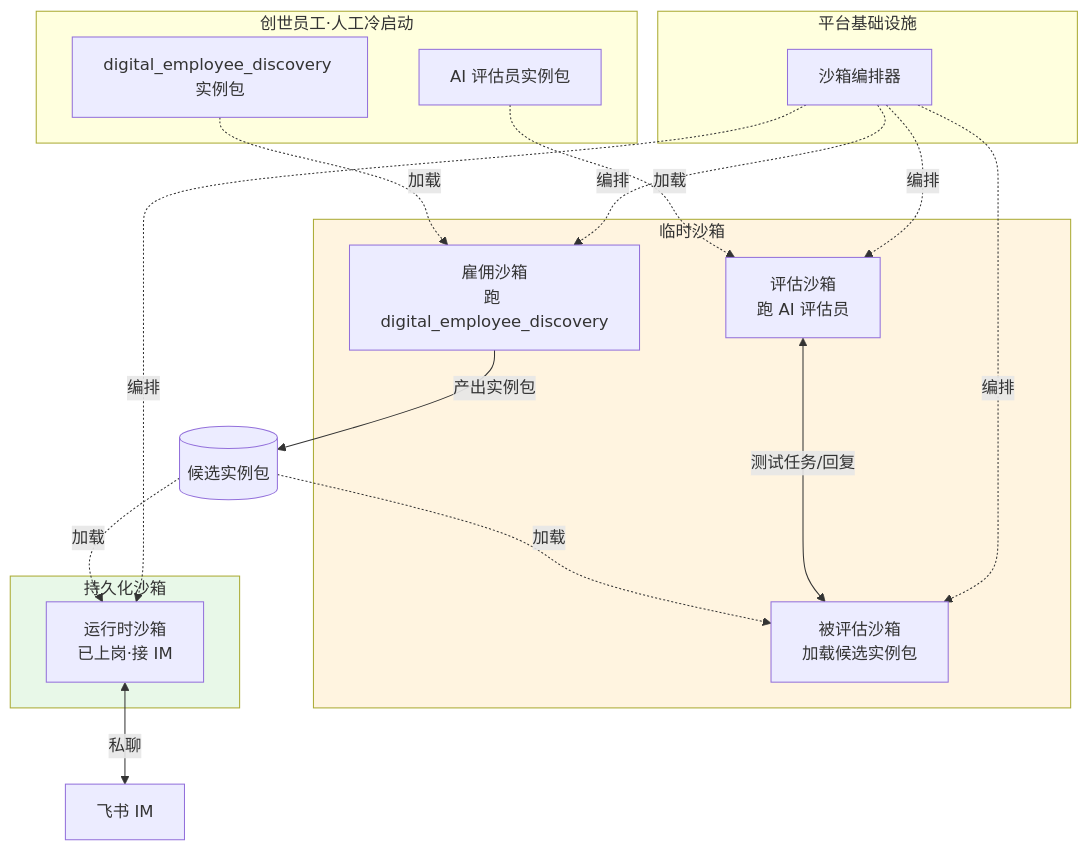
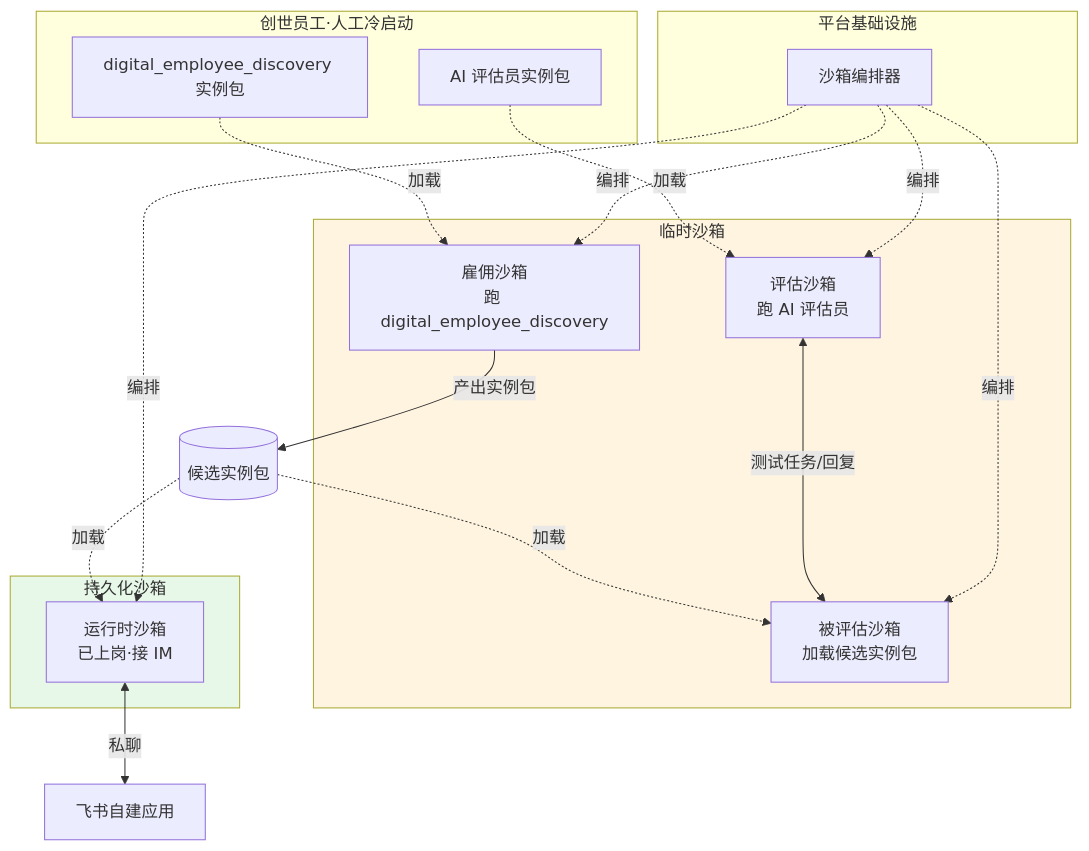
Before and after one commit to wayyet/hirebot-web: the fourth of 5 diagrams in 01-雇佣端产品产品规划文档.md, drawn with Mermaid. The commit also changed other lines of this file and 18 other files, not shown here.

````diff
--- a/01-雇佣端产品产品规划文档.md
+++ b/01-雇佣端产品产品规划文档.md
@@ -219,37 +219,37 @@
 ```mermaid
 flowchart TD
     subgraph 平台基础设施
         OB[沙箱编排器]
     end
-    
+
     subgraph 创世员工[创世员工·人工冷启动]
         EC[digital_employee_discovery 实例包]
         AE[AI 评估员实例包]
     end
-    
+
     subgraph 临时沙箱
         SB1[雇佣沙箱<br/>跑 digital_employee_discovery]
         SB2[评估沙箱<br/>跑 AI 评估员]
         SB3[被评估沙箱<br/>加载候选实例包]
     end
-    
+
     subgraph 持久化沙箱
         SB4[运行时沙箱<br/>已上岗·接 IM]
     end
-    
+
     EC -.加载.-> SB1
     AE -.加载.-> SB2
     SB1 -->|产出实例包| IP[(候选实例包)]
     IP -.加载.-> SB3
     IP -.加载.-> SB4
     SB2 <-->|测试任务/回复| SB3
-    SB4 <-->|私聊| FS[飞书 IM]
-    
+    SB4 <-->|私聊| FS[飞书自建应用]
+
     OB -.编排.-> SB1
     OB -.编排.-> SB2
     OB -.编排.-> SB3
     OB -.编排.-> SB4
-    
+
     style 临时沙箱 fill:#fff4e0
     style 持久化沙箱 fill:#e8f8e8
 ```
````
